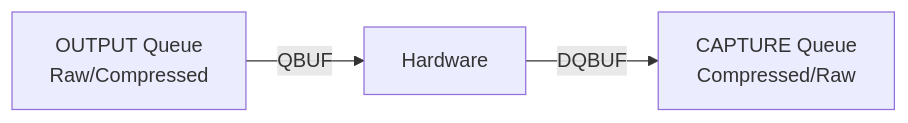
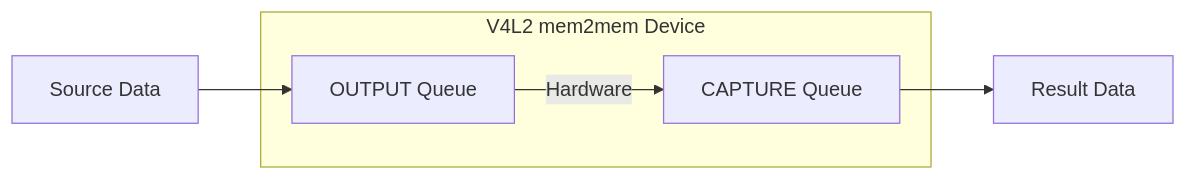
One commit to EdgeFirstAI/videostream changed diagram 11 of 14 in ARCHITECTURE.md. Above: the diagram before and after it, drawn with Mermaid. The commit also changed other lines of this file and 9 other files, not shown here.

````diff
--- a/ARCHITECTURE.md
+++ b/ARCHITECTURE.md
@@ -293,4 +372,8 @@
 ```mermaid
 flowchart LR
-    OUT[OUTPUT Queue<br/>Raw/Compressed] -->|QBUF| HW[Hardware] -->|DQBUF| CAP[CAPTURE Queue<br/>Compressed/Raw]
+    IN[Source Data] --> OUT[OUTPUT Queue]
+    subgraph Device["V4L2 mem2mem Device"]
+        OUT -->|Hardware| CAP[CAPTURE Queue]
+    end
+    CAP --> RESULT[Result Data]
 ```
````
